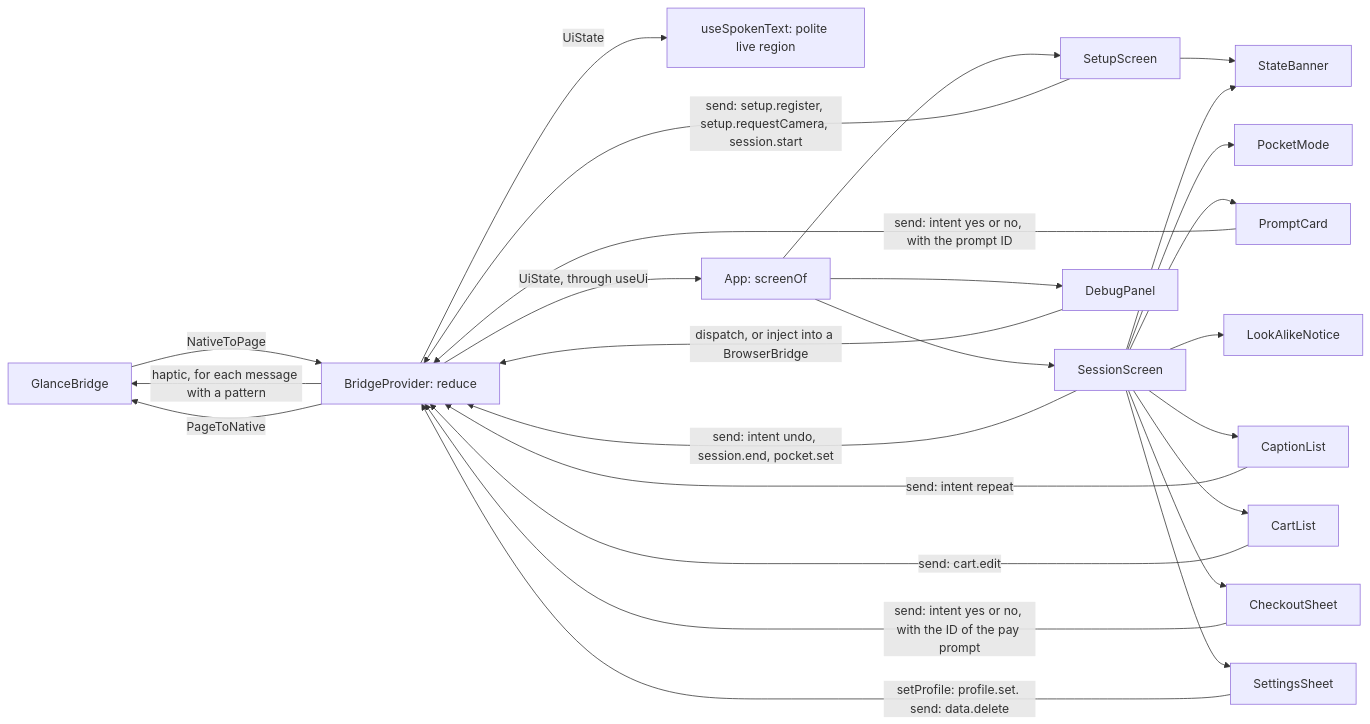
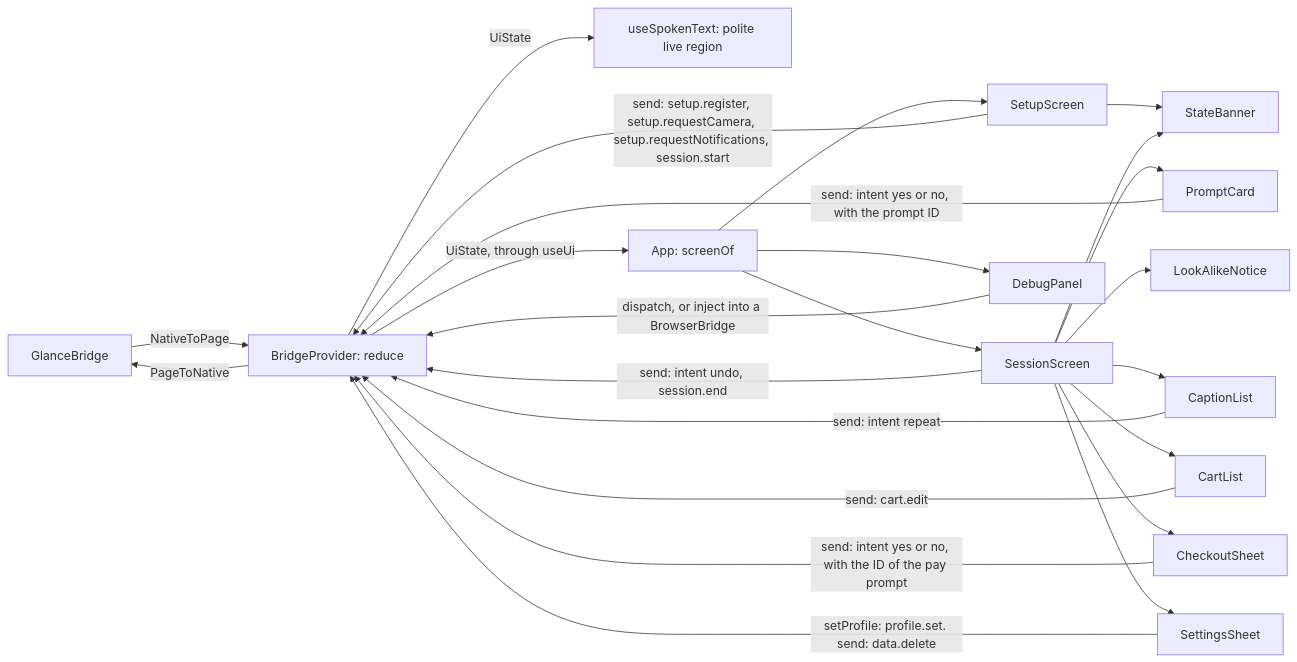
Before and after one commit to mrBymax/glance: the third of 5 diagrams in apps/mobile/ui/README.md, drawn with Mermaid. The commit also changed other lines of this file and 6 other files, not shown here.

First line of the commit message:
docs: describe the session with the screen off

````diff
--- a/apps/mobile/ui/README.md
+++ b/apps/mobile/ui/README.md
@@ -120,44 +120,41 @@
 ```mermaid
 flowchart LR
   bridge["GlanceBridge"]
   provider["BridgeProvider: reduce"]
   spoken["useSpokenText: polite live region"]
   app["App: screenOf"]
   setup["SetupScreen"]
   screen["SessionScreen"]
   banner["StateBanner"]
   card["PromptCard"]
   lookalike["LookAlikeNotice"]
   captions["CaptionList"]
   cart["CartList"]
   checkout["CheckoutSheet"]
   settings["SettingsSheet"]
-  pocket["PocketMode"]
   debug["DebugPanel"]
 
   bridge -- NativeToPage --> provider
   provider -- "UiState, through useUi" --> app
   provider -- UiState --> spoken
   app --> setup
   app --> screen
   app --> debug
-  screen --> pocket
   setup --> banner
   screen --> banner
   screen --> card
   screen --> lookalike
   screen --> captions
   screen --> cart
   screen --> checkout
   screen --> settings
-  setup -- "send: setup.register, setup.requestCamera, session.start" --> provider
+  setup -- "send: setup.register, setup.requestCamera, setup.requestNotifications, session.start" --> provider
   card -- "send: intent yes or no, with the prompt ID" --> provider
   checkout -- "send: intent yes or no, with the ID of the pay prompt" --> provider
   settings -- "setProfile: profile.set. send: data.delete" --> provider
   captions -- "send: intent repeat" --> provider
   cart -- "send: cart.edit" --> provider
-  screen -- "send: intent undo, session.end, pocket.set" --> provider
+  screen -- "send: intent undo, session.end" --> provider
   debug -- "dispatch, or inject into a BrowserBridge" --> provider
-  provider -- "haptic, for each message with a pattern" --> bridge
   provider -- PageToNative --> bridge
 ```
````
